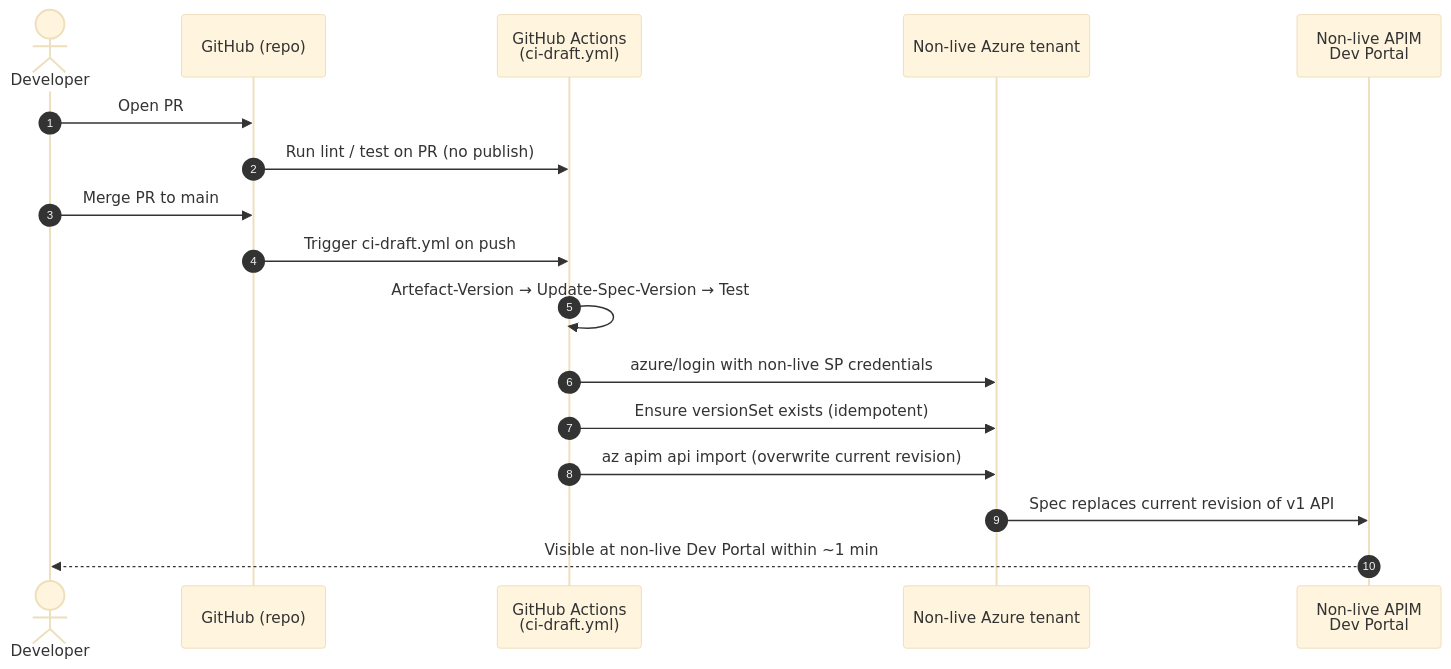
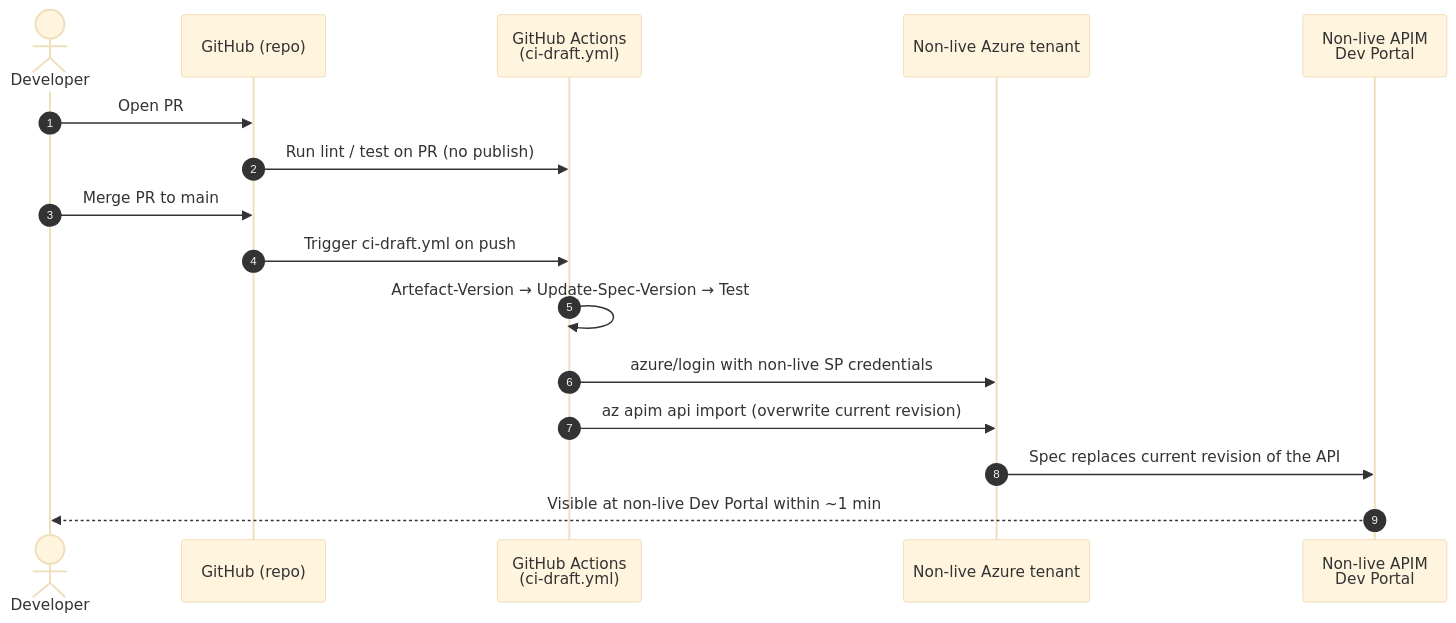
The second of 3 diagrams in docs/AZURE-APIM-RELEASE-FLOW.md (hmcts/api-cp-crime-echo), drawn with Mermaid (base theme) before and after one commit. The commit also changed other lines of this file and 4 other files, not shown here.

First line of the commit message:
Use application-layer Accept versioning instead of APIM version set

````diff
--- a/docs/AZURE-APIM-RELEASE-FLOW.md
+++ b/docs/AZURE-APIM-RELEASE-FLOW.md
@@ -71,20 +71,19 @@
 ```mermaid
 sequenceDiagram
   autonumber
   actor Dev as Developer
   participant GH as GitHub (repo)
   participant GA as GitHub Actions<br/>(ci-draft.yml)
   participant NLAz as Non-live Azure tenant
   participant NLApim as Non-live APIM<br/>Dev Portal
 
   Dev->>GH: Open PR
   GH->>GA: Run lint / test on PR (no publish)
   Dev->>GH: Merge PR to main
   GH->>GA: Trigger ci-draft.yml on push
   GA->>GA: Artefact-Version → Update-Spec-Version → Test
   GA->>NLAz: azure/login with non-live SP credentials
-  GA->>NLAz: Ensure versionSet exists (idempotent)
   GA->>NLAz: az apim api import (overwrite current revision)
-  NLAz->>NLApim: Spec replaces current revision of v1 API
+  NLAz->>NLApim: Spec replaces current revision of the API
   NLApim-->>Dev: Visible at non-live Dev Portal within ~1 min
 ```
````
